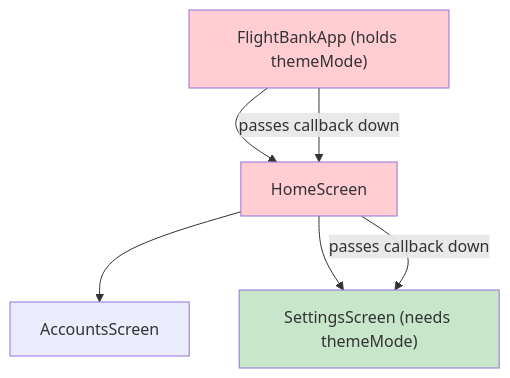
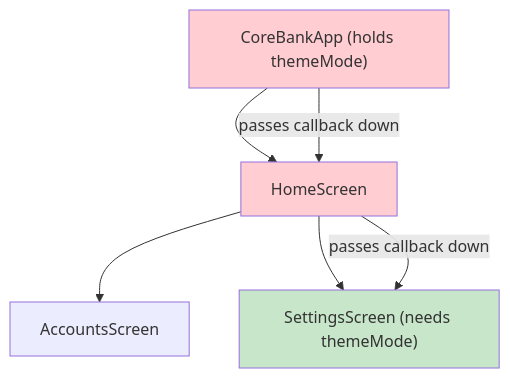
The first of 2 diagrams in docs-site/docs/chapters/06-autopilot/index.mdx (team360r/CoreBank), drawn with Mermaid before and after one commit. The commit also changed other lines of this file and 38 other files, not shown here.

First line of the commit message:
refactor: rename project from FlightBank to CoreBank

````diff
--- a/docs-site/docs/chapters/06-autopilot/index.mdx
+++ b/docs-site/docs/chapters/06-autopilot/index.mdx
@@ -32,12 +32,12 @@
 ```mermaid
 graph TD
-  A["FlightBankApp (holds themeMode)"] --> B["HomeScreen"]
+  A["CoreBankApp (holds themeMode)"] --> B["HomeScreen"]
   B --> C["AccountsScreen"]
   B --> D["SettingsScreen (needs themeMode)"]
   A -- "passes callback down" --> B
   B -- "passes callback down" --> D
 
   style A fill:#ffcdd2
   style B fill:#ffcdd2
   style D fill:#c8e6c9
 ```
````
